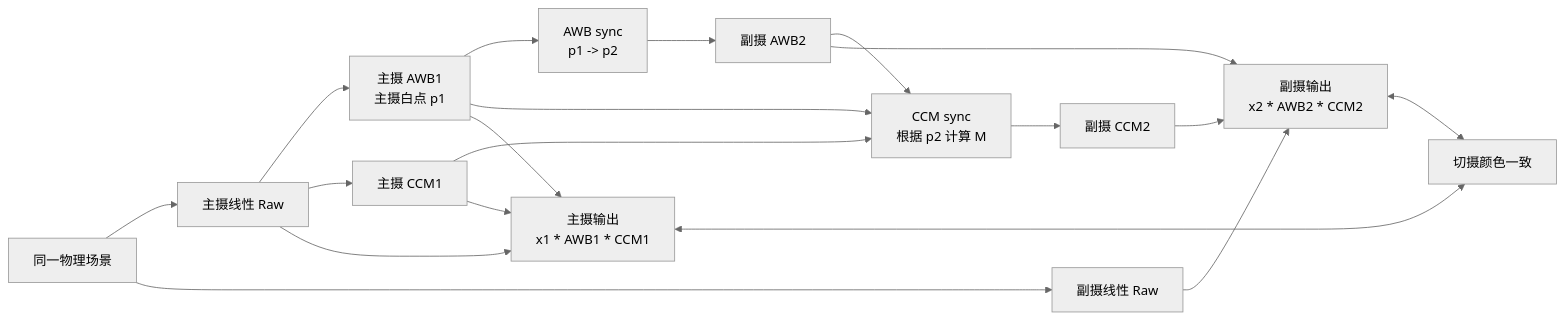
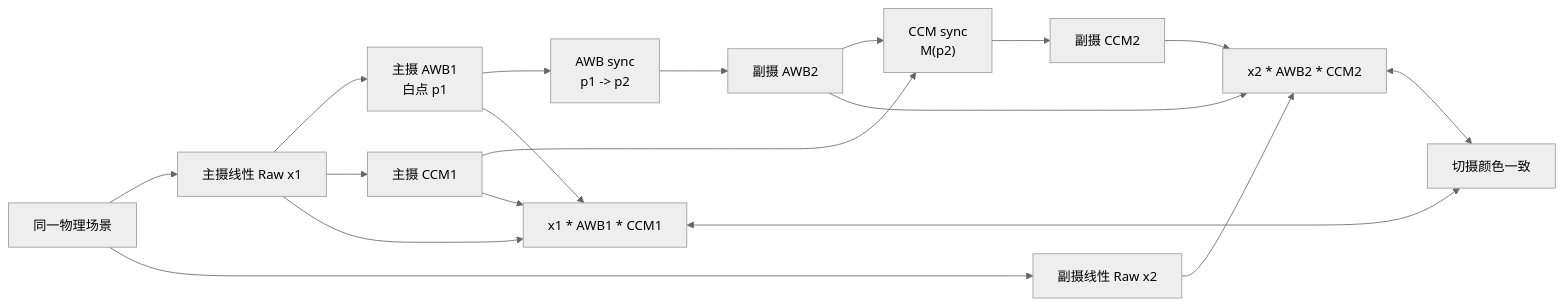
Before and after one commit to heouchen/AWB-CCM-sync: the first of 2 diagrams in README.md, drawn with Mermaid (neutral theme). The commit also changed other lines of this file and 2 other files, not shown here.

Commit message:
docs: refine AWB CCM sync algorithm guide

````diff
--- a/README.md
+++ b/README.md
@@ -15,26 +24,25 @@
 ```mermaid
 flowchart LR
-    Scene["同一物理场景"] --> MainRaw["主摄线性 Raw"]
-    Scene --> SubRaw["副摄线性 Raw"]
+    Scene["同一物理场景"] --> MainRaw["主摄线性 Raw x1"]
+    Scene --> SubRaw["副摄线性 Raw x2"]
 
-    MainRaw --> MainAWB["主摄 AWB1<br/>主摄白点 p1"]
-    MainRaw --> MainCCM["主摄 CCM1"]
+    MainRaw --> AWB1["主摄 AWB1<br/>白点 p1"]
+    MainRaw --> CCM1["主摄 CCM1"]
 
-    MainAWB --> AWBSync["AWB sync<br/>p1 -> p2"]
-    AWBSync --> SubAWB["副摄 AWB2"]
+    AWB1 --> AWBSync["AWB sync<br/>p1 -> p2"]
+    AWBSync --> AWB2["副摄 AWB2"]
 
-    SubAWB --> CCMSync["CCM sync<br/>根据 p2 计算 M"]
-    MainAWB --> CCMSync
-    MainCCM --> CCMSync
-    CCMSync --> SubCCM["副摄 CCM2"]
+    AWB2 --> CCMSync["CCM sync<br/>M(p2)"]
+    CCM1 --> CCMSync
+    CCMSync --> CCM2["副摄 CCM2"]
 
-    MainRaw --> MainOut["主摄输出<br/>x1 * AWB1 * CCM1"]
-    SubRaw --> SubOut["副摄输出<br/>x2 * AWB2 * CCM2"]
-    MainAWB --> MainOut
-    MainCCM --> MainOut
-    SubAWB --> SubOut
-    SubCCM --> SubOut
+    MainRaw --> MainOut["x1 * AWB1 * CCM1"]
+    SubRaw --> SubOut["x2 * AWB2 * CCM2"]
+    AWB1 --> MainOut
+    CCM1 --> MainOut
+    AWB2 --> SubOut
+    CCM2 --> SubOut
 
-    MainOut <--> Consistency["切摄颜色一致"]
-    SubOut <--> Consistency
+    MainOut <--> Target["切摄颜色一致"]
+    SubOut <--> Target
 ```
````
